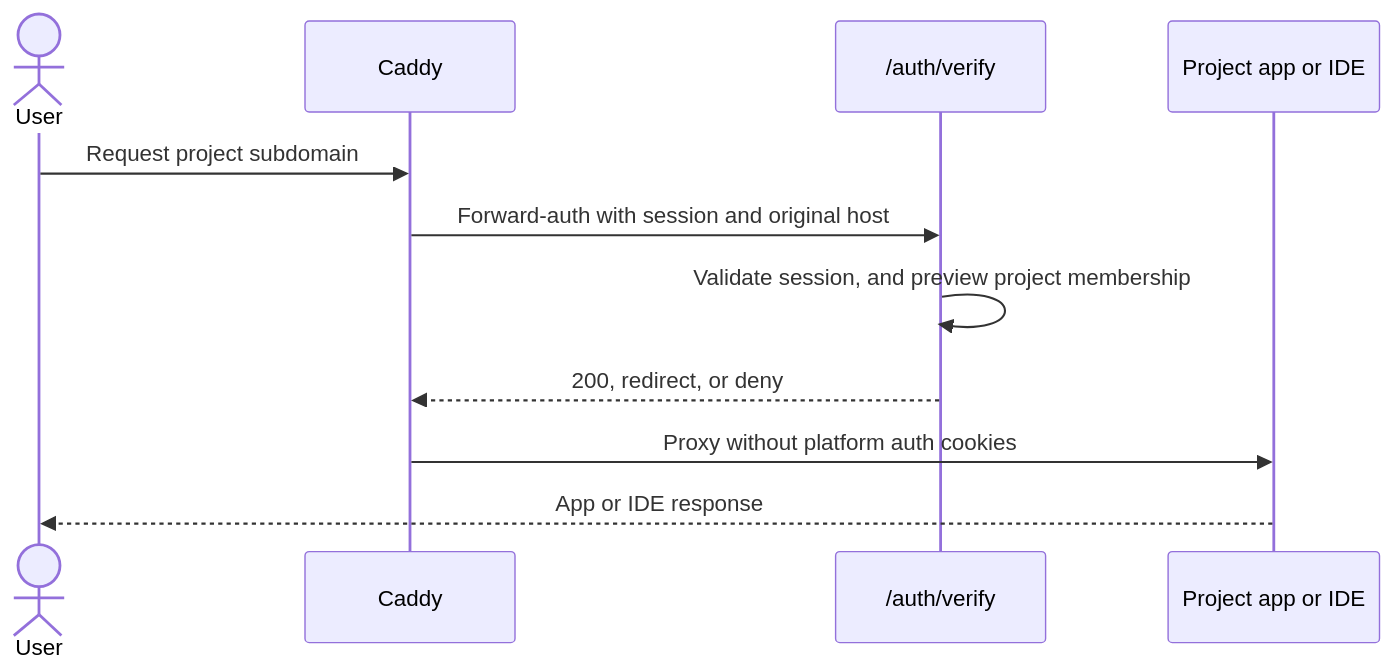
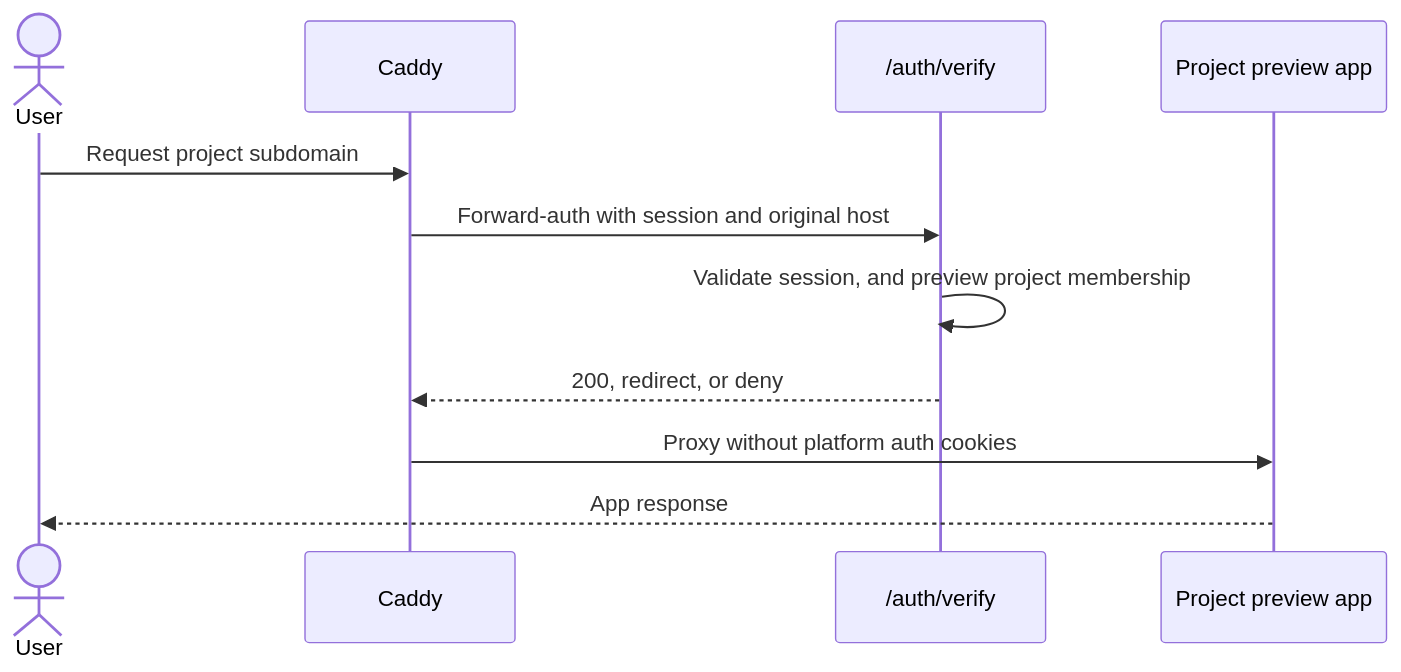
One commit to Ahmedwaleed22/remote.futrx changed the sixth of 6 diagrams in docs/02-workspaces/02-auth-users-and-access.md. Above: the diagram before and after it, drawn with Mermaid. The commit also changed other lines of this file and 80 other files, not shown here.

````diff
--- a/docs/02-workspaces/02-auth-users-and-access.md
+++ b/docs/02-workspaces/02-auth-users-and-access.md
@@ -192,14 +192,14 @@
 ```mermaid
 sequenceDiagram
     actor User
     participant Caddy
     participant Auth as /auth/verify
-    participant Project as Project app or IDE
+    participant Project as Project preview app
 
     User->>Caddy: Request project subdomain
     Caddy->>Auth: Forward-auth with session and original host
     Auth->>Auth: Validate session, and preview project membership
     Auth-->>Caddy: 200, redirect, or deny
     Caddy->>Project: Proxy without platform auth cookies
-    Project-->>User: App or IDE response
+    Project-->>User: App response
 ```
````
